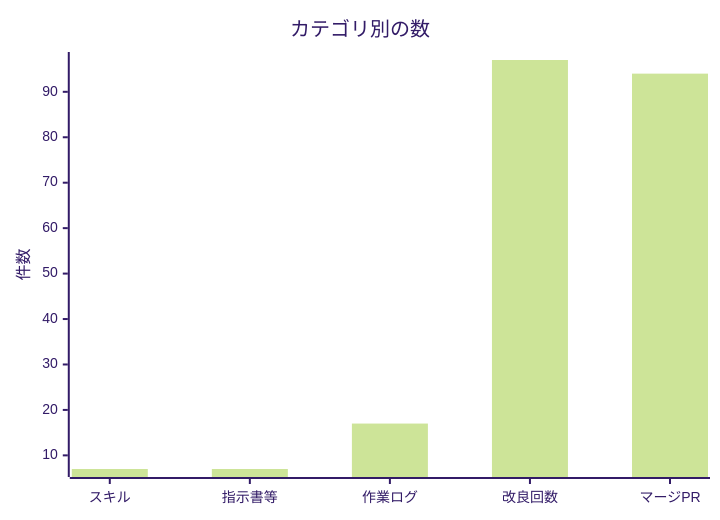
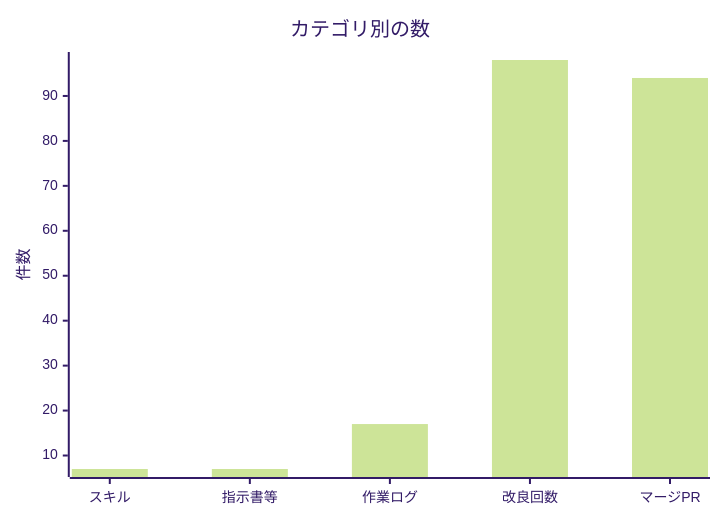
The second of 2 diagrams in docs/進化レポート.md (non-x2/non-x2), drawn with Mermaid (forest theme) before and after one commit. The commit also changed other lines of this file and 2 other files, not shown here.

````diff
--- a/docs/進化レポート.md
+++ b/docs/進化レポート.md
@@ -33,7 +33,7 @@
 ```mermaid
 xychart-beta
     title "カテゴリ別の数"
     x-axis ["スキル", "指示書等", "作業ログ", "改良回数", "マージPR"]
     y-axis "件数"
-    bar [7, 7, 17, 97, 94]
+    bar [7, 7, 17, 98, 94]
 ```
````
